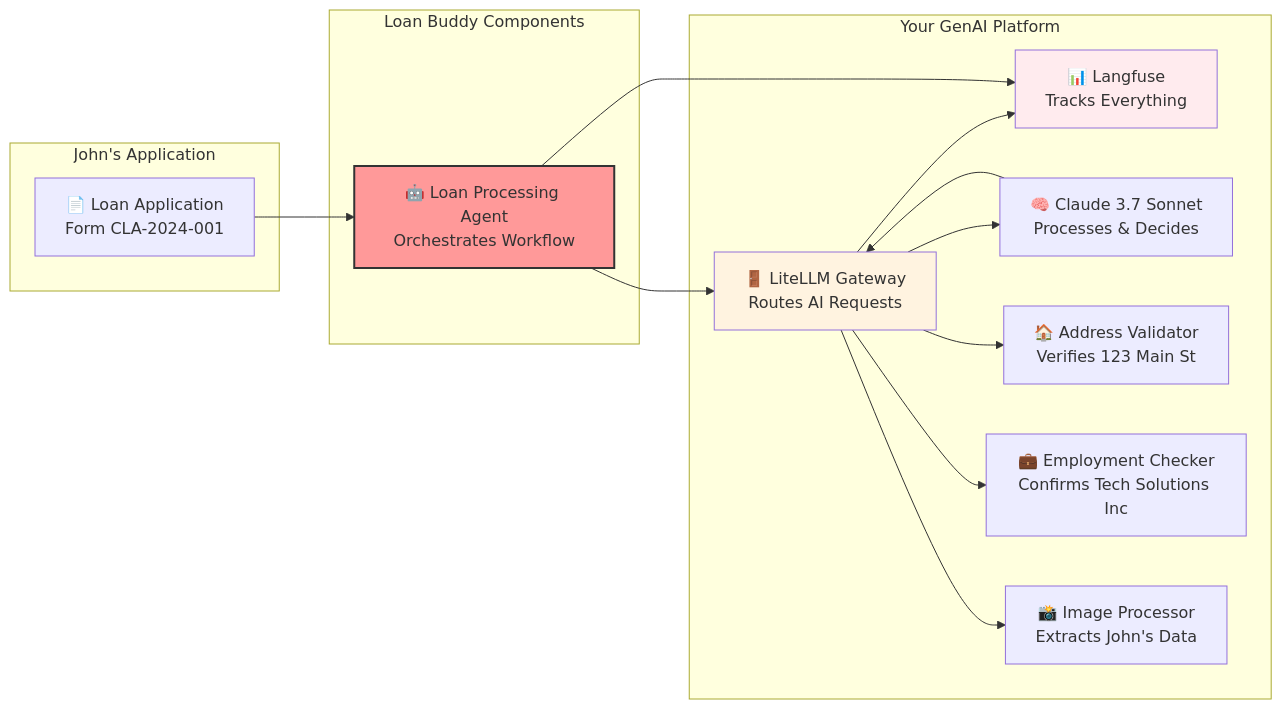
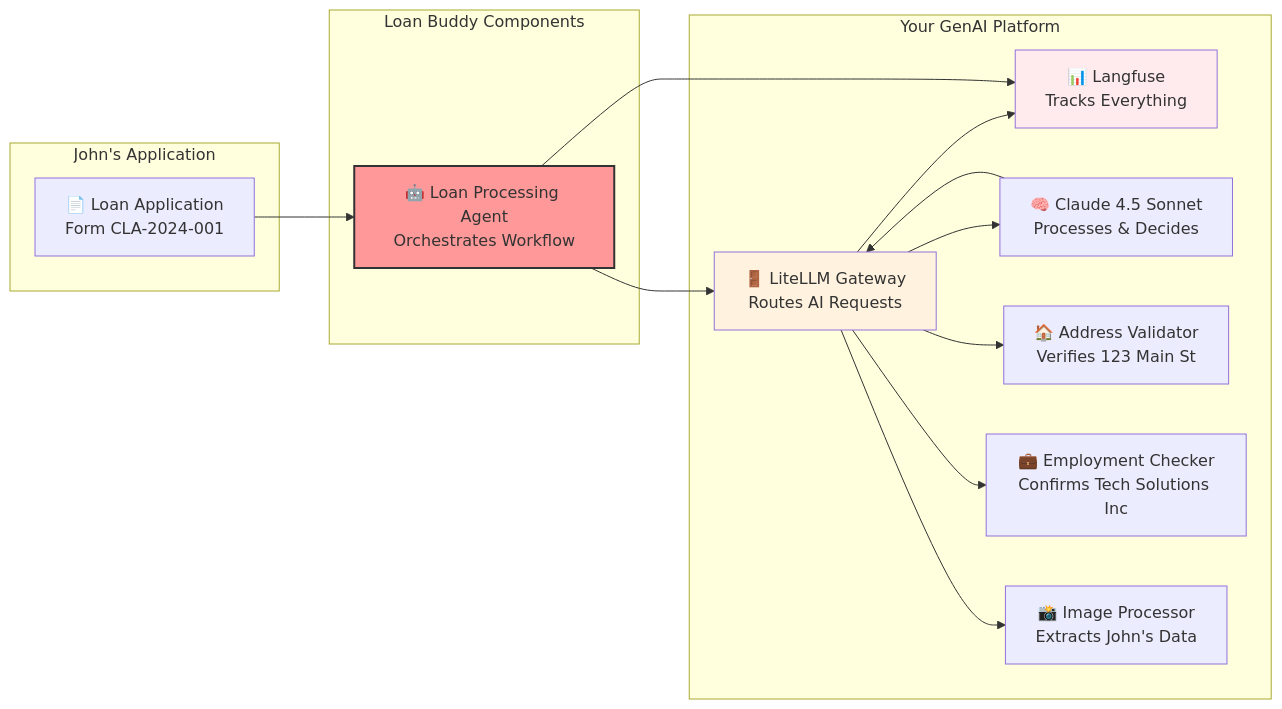
Before and after one commit to aws-samples/sample-genai-on-eks-starter-kit: the diagram in workshops/eks-genai-workshop/content/module3-genai-applications/usecase.en.md, drawn with Mermaid. The commit also changed other lines of this file and 26 other files, not shown here.

````diff
--- a/workshops/eks-genai-workshop/content/module3-genai-applications/usecase.en.md
+++ b/workshops/eks-genai-workshop/content/module3-genai-applications/usecase.en.md
@@ -91,35 +91,35 @@
 ```mermaid
 graph LR
     subgraph "John's Application"
         APP[📄 Loan Application<br/>Form CLA-2024-001]
     end
     
     subgraph "Your GenAI Platform"
         GATEWAY[🚪 LiteLLM Gateway<br/>Routes AI Requests]
         LANGFUSE[📊 Langfuse<br/>Tracks Everything]
-        CLAUDE[🧠 Claude 3.7 Sonnet<br/>Processes & Decides]
+        CLAUDE[🧠 Claude 4.5 Sonnet<br/>Processes & Decides]
         MCP1[🏠 Address Validator<br/>Verifies 123 Main St]
         MCP2[💼 Employment Checker<br/>Confirms Tech Solutions Inc]
         MCP3[📸 Image Processor<br/>Extracts John's Data]
     end
     
     subgraph "Loan Buddy Components"
         AGENT[🤖 Loan Processing Agent<br/>Orchestrates Workflow]
     end
     
     APP --> AGENT
     AGENT --> GATEWAY
     GATEWAY --> CLAUDE
     CLAUDE --> GATEWAY
     GATEWAY --> LANGFUSE
     
     GATEWAY --> MCP1
     GATEWAY --> MCP2
     GATEWAY --> MCP3
 
     AGENT --> LANGFUSE
     
     style AGENT fill:#ff9999,stroke:#333,stroke-width:2px
     style GATEWAY fill:#fff3e0
     style LANGFUSE fill:#ffebee
 ```
````
